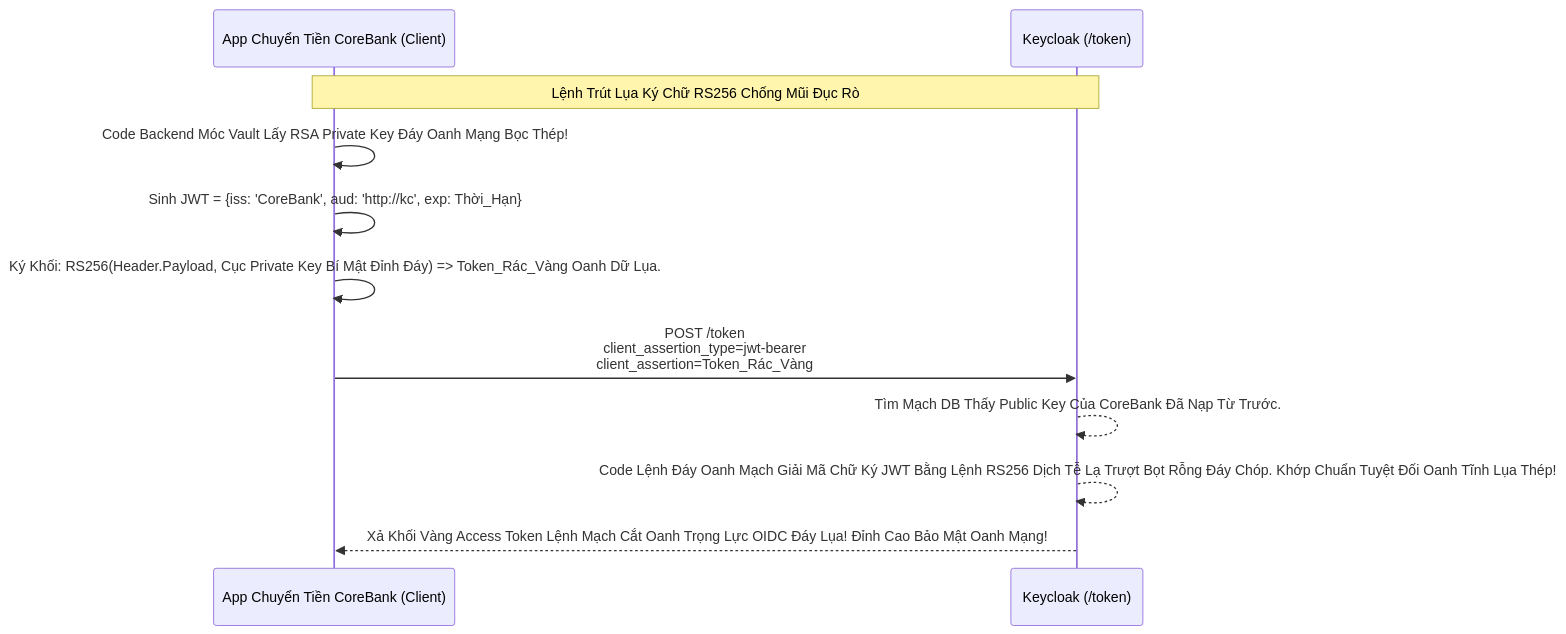
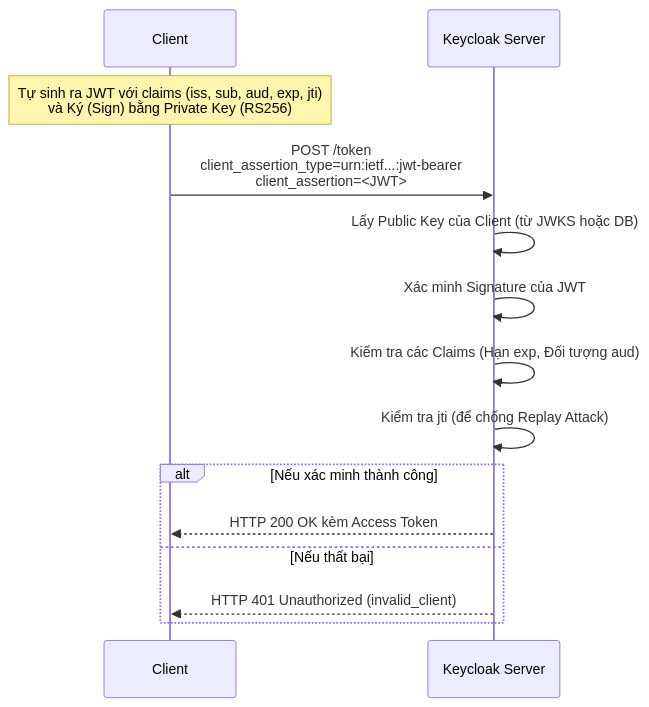
The diagram in 18-Client-Authentication/Module-1-Methods/Lesson-3-Private-Key-JWT.md (Luckyy0/keycloak), drawn with Mermaid before and after one commit. The commit also changed other lines of this file and 215 other files, not shown here.

````diff
--- a/18-Client-Authentication/Module-1-Methods/Lesson-3-Private-Key-JWT.md
+++ b/18-Client-Authentication/Module-1-Methods/Lesson-3-Private-Key-JWT.md
@@ -27,16 +16,20 @@
 ```mermaid
 sequenceDiagram
-    participant App as App Chuyển Tiền CoreBank (Client)
-    participant KC as Keycloak (/token)
+    participant Client
+    participant Keycloak as Keycloak Server
 
-    Note over App, KC: Lệnh Trút Lụa Ký Chữ RS256 Chống Mũi Đục Rò
-    App->>App: Code Backend Móc Vault Lấy RSA Private Key Đáy Oanh Mạng Bọc Thép!
-    App->>App: Sinh JWT = {iss: 'CoreBank', aud: 'http://kc', exp: Thời_Hạn}
-    App->>App: Ký Khối: RS256(Header.Payload, Cục Private Key Bí Mật Đỉnh Đáy) => Token_Rác_Vàng Oanh Dữ Lụa.
+    Note over Client: Tự sinh ra JWT với claims (iss, sub, aud, exp, jti)<br/>và Ký (Sign) bằng Private Key (RS256)
     
-    App->>KC: POST /token <br/> client_assertion_type=jwt-bearer <br/> client_assertion=Token_Rác_Vàng
+    Client->>Keycloak: POST /token<br/>client_assertion_type=urn:ietf...:jwt-bearer<br/>client_assertion=<JWT>
     
-    KC-->>KC: Tìm Mạch DB Thấy Public Key Của CoreBank Đã Nạp Từ Trước.
-    KC-->>KC: Code Lệnh Đáy Oanh Mạch Giải Mã Chữ Ký JWT Bằng Lệnh RS256 Dịch Tễ Lạ Trượt Bọt Rỗng Đáy Chóp. Khớp Chuẩn Tuyệt Đối Oanh Tĩnh Lụa Thép!
-    KC-->>App: Xả Khối Vàng Access Token Lệnh Mạch Cắt Oanh Trọng Lực OIDC Đáy Lụa! Đỉnh Cao Bảo Mật Oanh Mạng!
+    Keycloak->>Keycloak: Lấy Public Key của Client (từ JWKS hoặc DB)
+    Keycloak->>Keycloak: Xác minh Signature của JWT
+    Keycloak->>Keycloak: Kiểm tra các Claims (Hạn exp, Đối tượng aud)
+    Keycloak->>Keycloak: Kiểm tra jti (để chống Replay Attack)
+    
+    alt Nếu xác minh thành công
+        Keycloak-->>Client: HTTP 200 OK kèm Access Token
+    else Nếu thất bại
+        Keycloak-->>Client: HTTP 401 Unauthorized (invalid_client)
+    end
 ```
````
